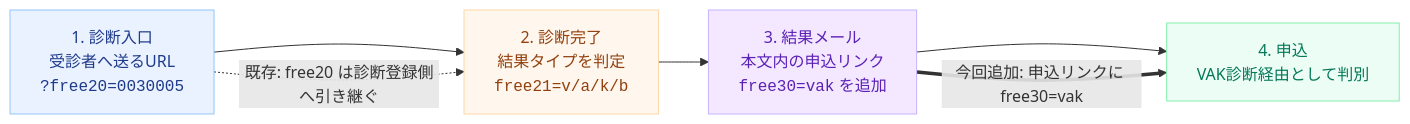
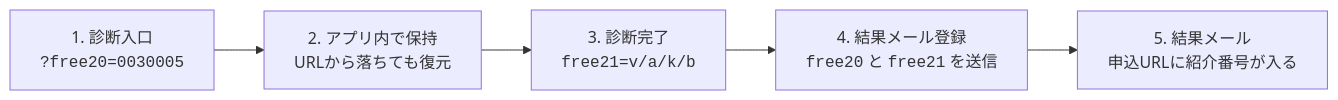
The diagram in doc/vak/VAK診断ツール判定の仕組み資料.md (coaching-kit/coaching-app), drawn with Mermaid before and after one commit. The commit also changed other lines of this file and 7 other files, not shown here.

````diff
--- a/doc/vak/VAK診断ツール判定の仕組み資料.md
+++ b/doc/vak/VAK診断ツール判定の仕組み資料.md
@@ -29,21 +33,10 @@
 ```mermaid
 flowchart LR
-  entry["1. 診断入口<br/>受診者へ送るURL<br/><code>?free20=0030005</code>"]
-  result["2. 診断完了<br/>結果タイプを判定<br/><code>free21=v/a/k/b</code>"]
-  mail["3. 結果メール<br/>本文内の申込リンク<br/><code>free30=vak</code> を追加"]
-  signup["4. 申込<br/>VAK診断経由として判別"]
+  entry["1. 診断入口<br/><code>?free20=0030005</code>"]
+  keep["2. アプリ内で保持<br/>URLから落ちても復元"]
+  result["3. 診断完了<br/><code>free21=v/a/k/b</code>"]
+  form["4. 結果メール登録<br/><code>free20</code> と <code>free21</code> を送信"]
+  mail["5. 結果メール<br/>申込URLに紹介番号が入る"]
 
-  entry --> result --> mail --> signup
-  entry -. "既存: free20 は診断登録側へ引き継ぐ" .-> result
-  mail == "今回追加: 申込リンクに free30=vak" ==> signup
-
-  classDef entry fill:#eaf2ff,stroke:#93c5fd,color:#1e3a8a
-  classDef result fill:#fff7ed,stroke:#fed7aa,color:#92400e
-  classDef mail fill:#f3e8ff,stroke:#c4b5fd,color:#5b21b6
-  classDef signup fill:#ecfdf5,stroke:#86efac,color:#047857
-
-  class entry entry
-  class result result
-  class mail mail
-  class signup signup
+  entry --> keep --> result --> form --> mail
 ```
````
